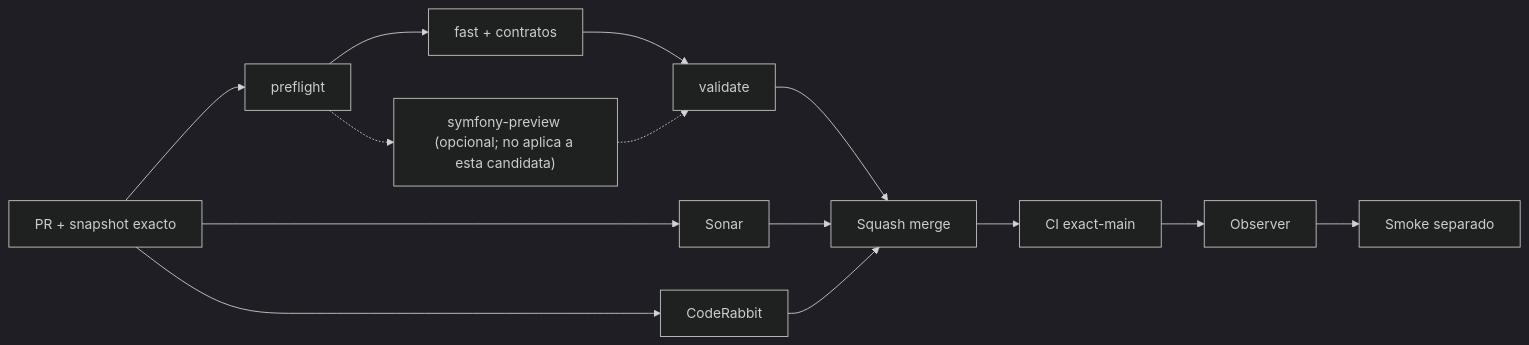
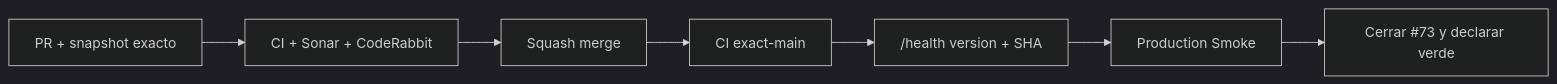
The diagram in README.md (pl0n3r/GrindFlow), drawn with Mermaid (dark theme) before and after one commit. The commit also changed other lines of this file and 15 other files, not shown here.

First line of the commit message:
Producción: usuario sintético y health exacto (V 0.1.121)

````diff
--- a/README.md
+++ b/README.md
@@ -48,16 +47,9 @@
 ```mermaid
 flowchart LR
- A["PR + snapshot exacto"] --> P["preflight"]
- P --> F["fast + contratos"]
- P -.-> S2["symfony-preview (opcional; no aplica a esta candidata)"]
- F --> V["validate"]
- S2 -.-> V
- A --> S["Sonar"]
- A --> C["CodeRabbit"]
- V --> M["Squash merge"]
- S --> M
- C --> M
+ A["PR + snapshot exacto"] --> C["CI + Sonar + CodeRabbit"]
+ C --> M["Squash merge"]
  M --> X["CI exact-main"]
- X --> O["Observer"]
- O --> T["Smoke separado"]
+ X --> H["/health version + SHA"]
+ H --> S["Production Smoke"]
+ S --> G["Cerrar #73 y declarar verde"]
 ```
````
